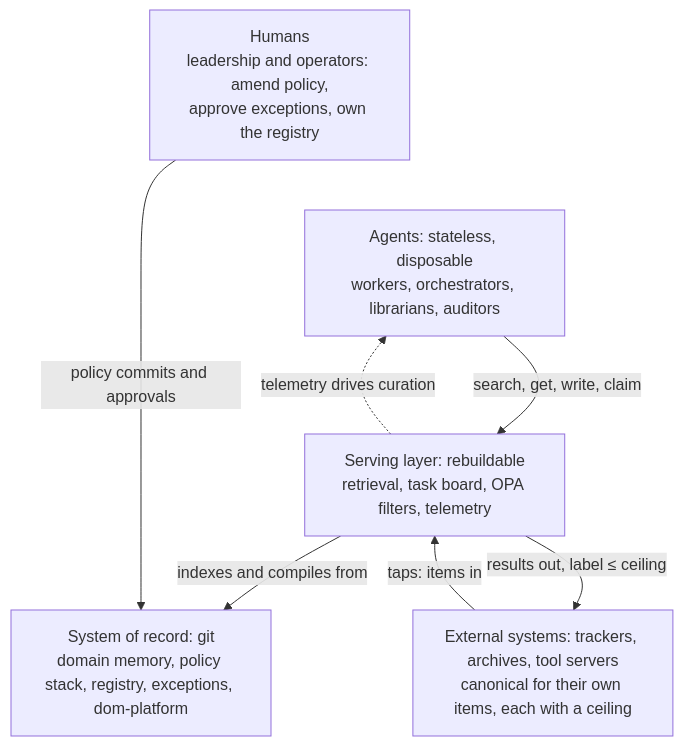
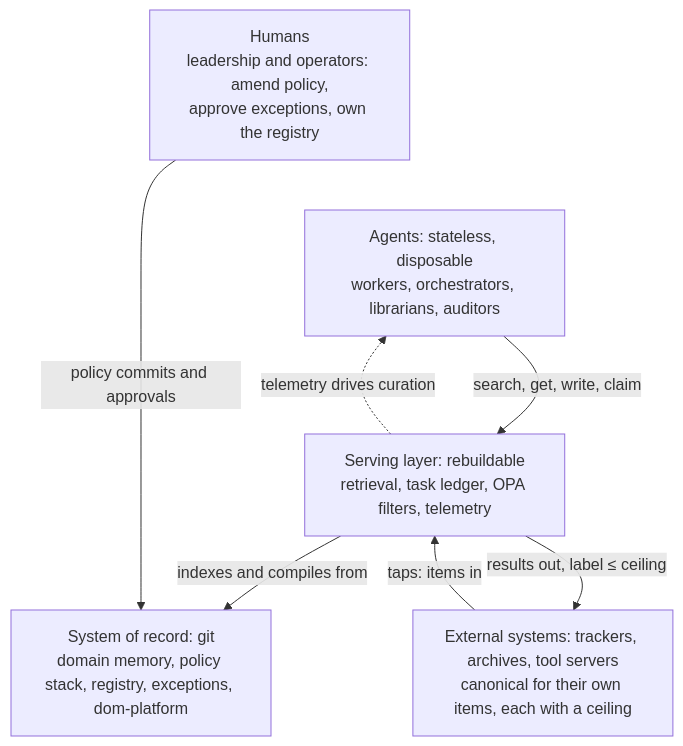
One commit to apache/tooling-memory changed the first of 14 diagrams in docs/durable-memory-for-disposable-agents.md. Above: the diagram before and after it, drawn with Mermaid. The commit also changed other lines of this file and 1 other file, not shown here.

First line of the commit message:
Rename the task board to the task ledger

````diff
--- a/docs/durable-memory-for-disposable-agents.md
+++ b/docs/durable-memory-for-disposable-agents.md
@@ -49,16 +49,16 @@
 ```mermaid
 flowchart TB
     HUM["Humans<br/>leadership and operators: amend policy,<br/>approve exceptions, own the registry"]
     AGT["Agents: stateless, disposable<br/>workers, orchestrators, librarians, auditors"]
-    SRV["Serving layer: rebuildable<br/>retrieval, task board, OPA filters, telemetry"]
+    SRV["Serving layer: rebuildable<br/>retrieval, task ledger, OPA filters, telemetry"]
     REC["System of record: git<br/>domain memory, policy stack, registry, exceptions, dom-platform"]
     EXT["External systems: trackers, archives, tool servers<br/>canonical for their own items, each with a ceiling"]
 
     HUM ~~~ AGT
     AGT -->|"search, get, write, claim"| SRV
     SRV -->|"indexes and compiles from"| REC
     HUM -->|"policy commits and approvals"| REC
     SRV -.->|"telemetry drives curation"| AGT
     EXT -->|"taps: items in"| SRV
     SRV -->|"results out, label ≤ ceiling"| EXT
 ```
````
